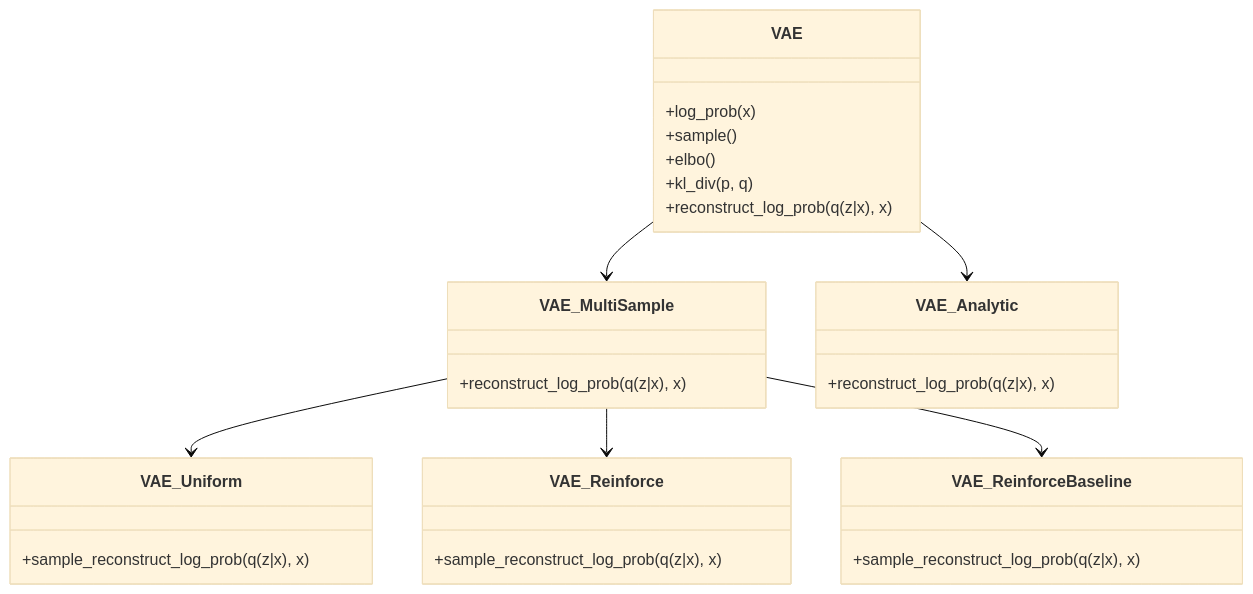
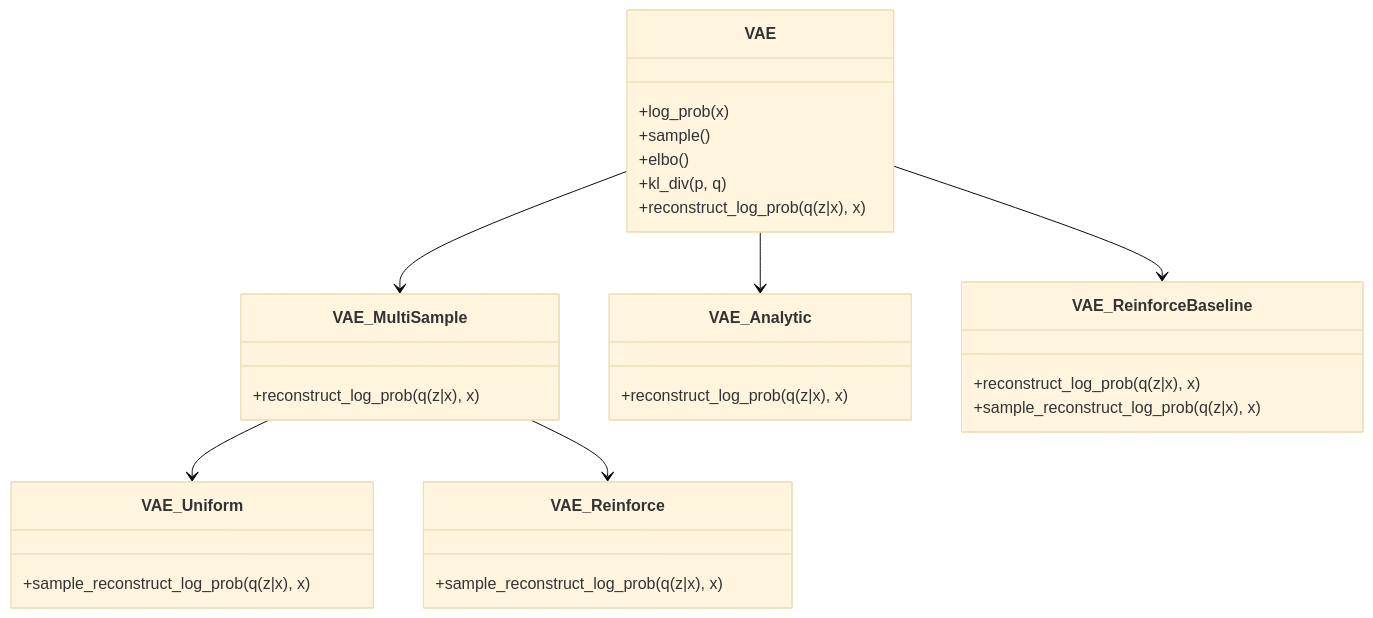
Before and after one commit to jfrancis71/pygen_models: the diagram in documentation/discrete_vae_software.md, drawn with Mermaid (base theme).

````diff
--- a/documentation/discrete_vae_software.md
+++ b/documentation/discrete_vae_software.md
@@ -1,30 +1,31 @@
 ```mermaid
 classDiagram
     class VAE{
         +log_prob(x)
         +sample()
         +elbo()
         +kl_div(p, q)
         +reconstruct_log_prob(q(z|x), x)
     }
     class VAE_MultiSample{
         +reconstruct_log_prob(q(z|x), x)
     }
     class VAE_Analytic{
         +reconstruct_log_prob(q(z|x), x)
     }
     class VAE_Uniform{
         +sample_reconstruct_log_prob(q(z|x), x)
     }
     class VAE_Reinforce{
         +sample_reconstruct_log_prob(q(z|x), x)
     }
     class VAE_ReinforceBaseline{
+        +reconstruct_log_prob(q(z|x), x)
         +sample_reconstruct_log_prob(q(z|x), x)
     }
     VAE --> VAE_Analytic
     VAE --> VAE_MultiSample
     VAE_MultiSample --> VAE_Uniform
     VAE_MultiSample --> VAE_Reinforce
-    VAE_MultiSample --> VAE_ReinforceBaseline
+    VAE --> VAE_ReinforceBaseline
 ```
````
